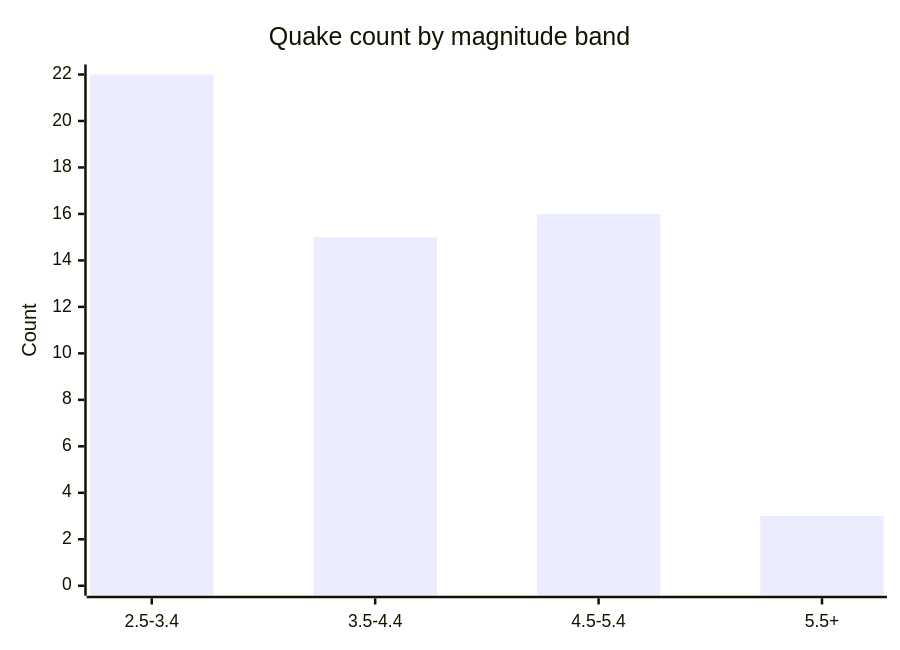
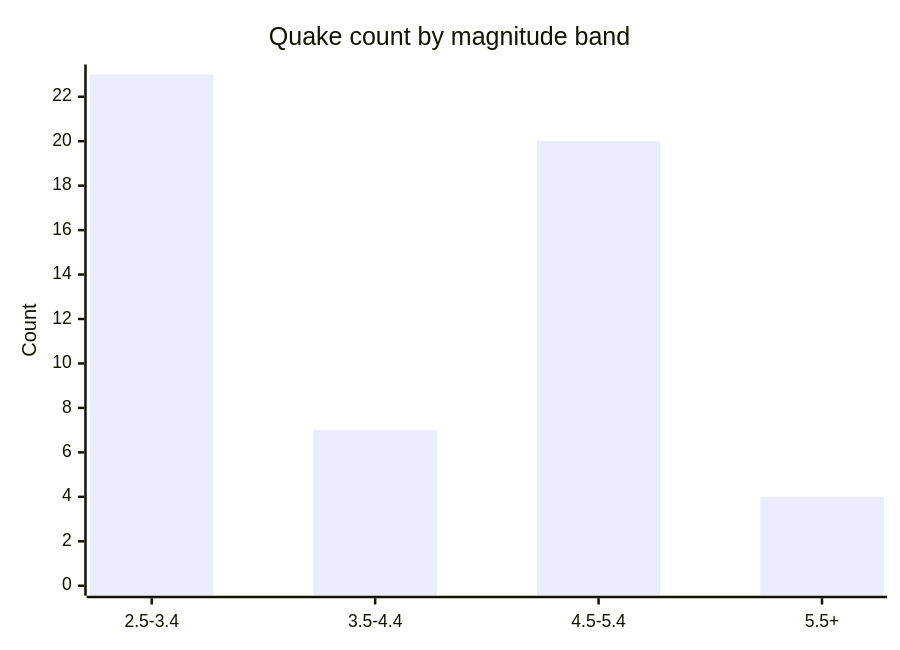
Before and after one commit to Midwest-Stratospheric/aerostratospheric-defense-gir: the fifth of 6 diagrams in docs/GRAPHS.md, drawn with Mermaid. The commit also changed other lines of this file and 23 other files, not shown here.

````diff
--- a/docs/GRAPHS.md
+++ b/docs/GRAPHS.md
@@ -82,7 +82,7 @@
 ```mermaid
 xychart-beta
   title "Quake count by magnitude band"
   x-axis ["2.5-3.4", "3.5-4.4", "4.5-5.4", "5.5+"]
-  y-axis "Count" 0 --> 22
-  bar [22, 15, 16, 3]
+  y-axis "Count" 0 --> 23
+  bar [23, 7, 20, 4]
 ```
````
